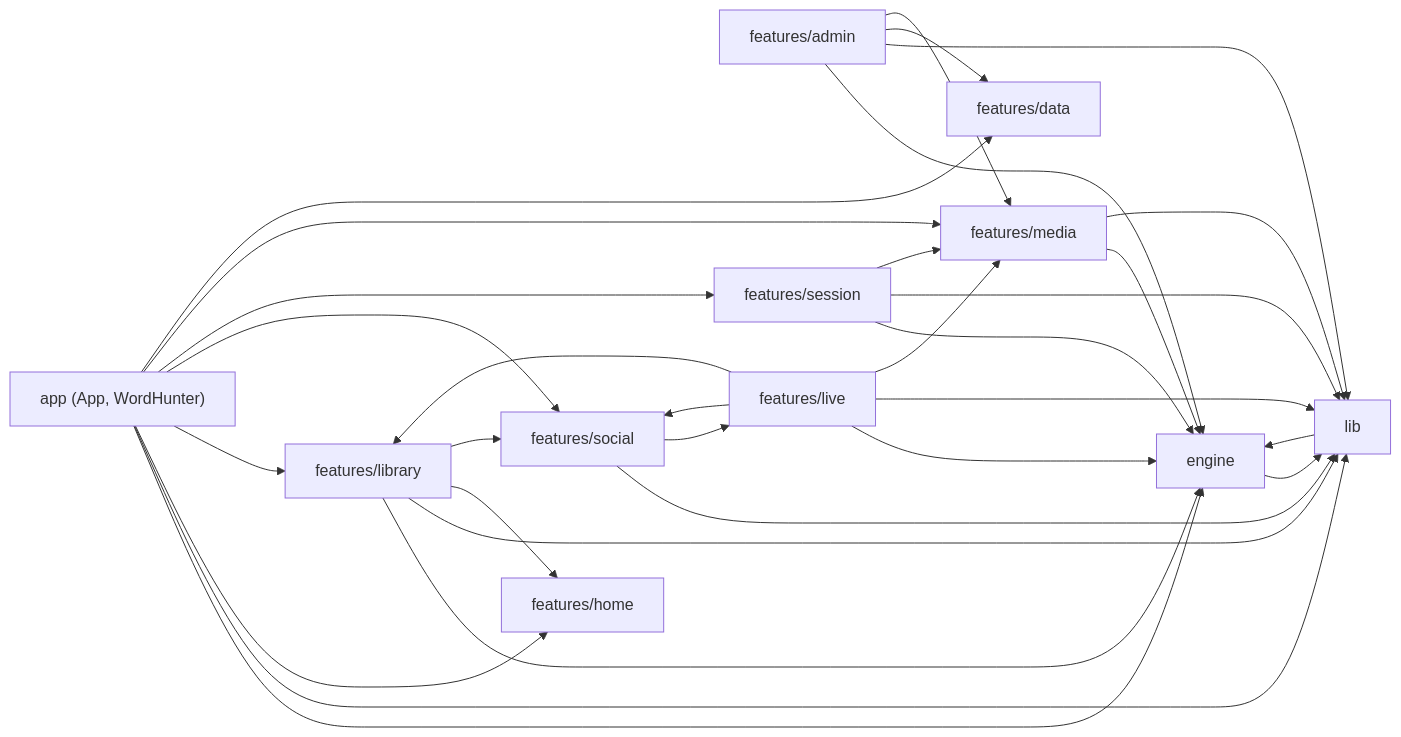
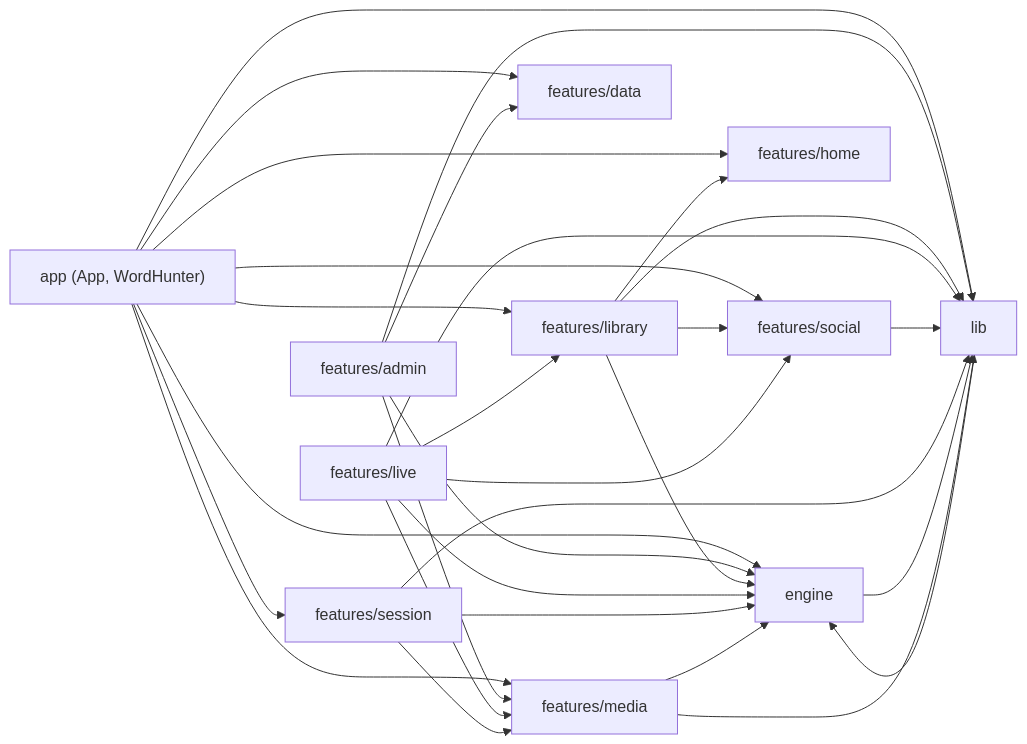
The first of 2 diagrams in docs/architecture/module-map.md (khaleddoosama/english-game), drawn with Mermaid before and after one commit. The commit also changed other lines of this file and 6 other files, not shown here.

First line of the commit message:
Docs: social module surface, the ended live/social loop, shell size

````diff
--- a/docs/architecture/module-map.md
+++ b/docs/architecture/module-map.md
@@ -11,23 +11,23 @@
 ```mermaid
 flowchart LR
   app["app (App, WordHunter)"]
   engine["engine"]
   lib["lib"]
   admin["features/admin"]
   library["features/library"]
   live["features/live"]
   social["features/social"]
   session["features/session"]
   home["features/home"]
   media["features/media"]
   data["features/data"]
   app --> engine & lib & home & library & social & session & media & data
   admin --> engine & lib & data & media
   library --> engine & lib & home & social
   live --> engine & lib & library & social & media
-  social --> lib & live
+  social --> lib
   session --> engine & lib & media
   engine --> lib
   lib --> engine
   media --> engine & lib
 ```
````
